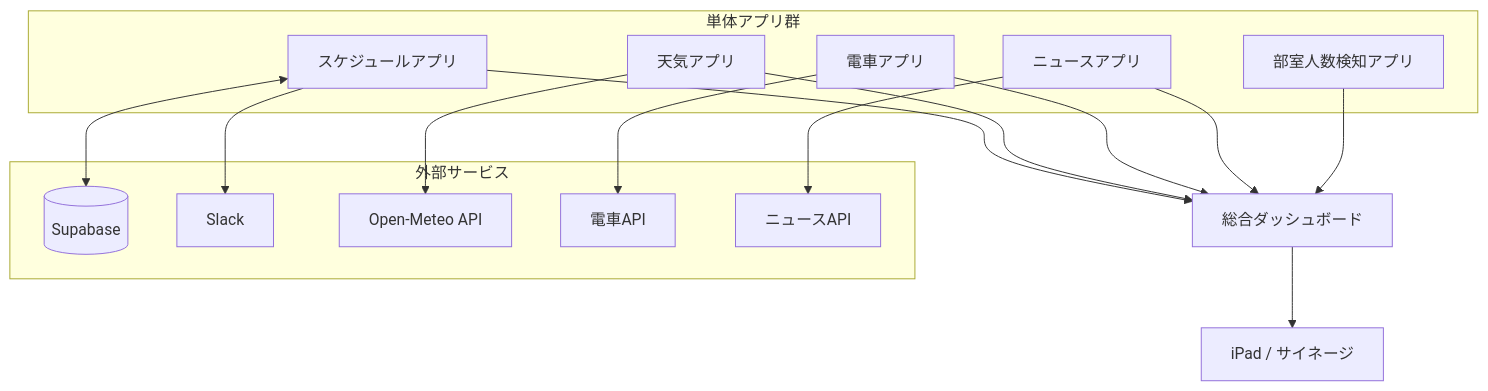
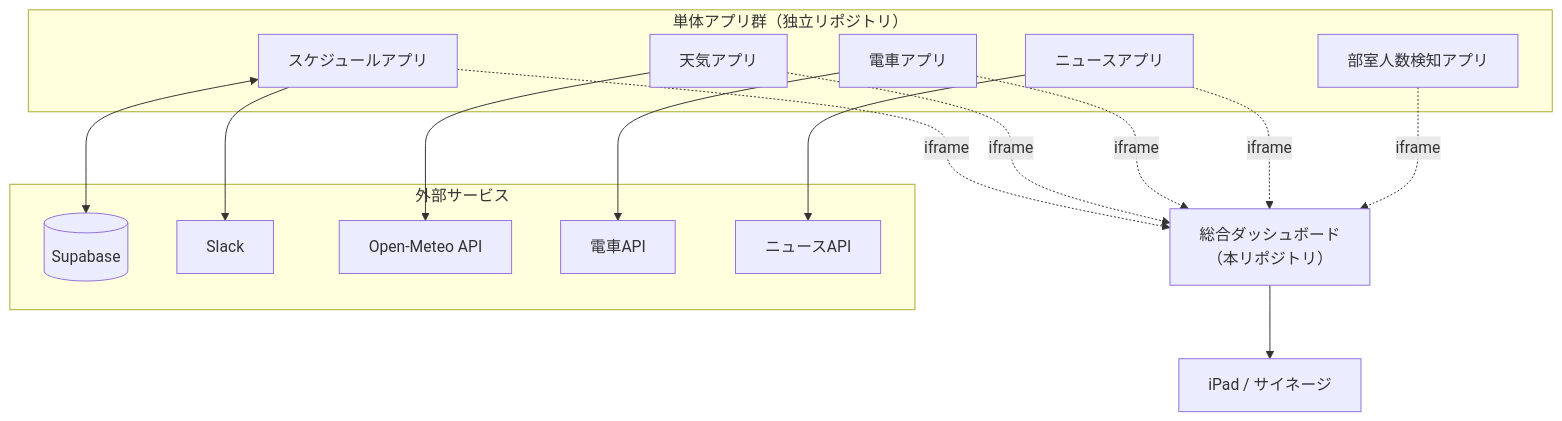
The diagram in README.md (Shun523/dsc_dashboard), drawn with Mermaid before and after one commit. The commit also changed other lines of this file, not shown here.

````diff
--- a/README.md
+++ b/README.md
@@ -7,35 +13,35 @@
 ```mermaid
 graph TD
-  subgraph apps[単体アプリ群]
+  subgraph apps[単体アプリ群（独立リポジトリ）]
     schedule[スケジュールアプリ]
     weather[天気アプリ]
     transit[電車アプリ]
     news[ニュースアプリ]
     occupancy[部室人数検知アプリ]
   end
 
   subgraph external[外部サービス]
     supabase[(Supabase)]
     slack[Slack]
     weather_api[Open-Meteo API]
     transit_api[電車API]
     news_api[ニュースAPI]
   end
 
-  dashboard[総合ダッシュボード]
+  dashboard[総合ダッシュボード<br/>（本リポジトリ）]
   display[iPad / サイネージ]
 
   schedule <--> supabase
   schedule --> slack
   weather --> weather_api
   transit --> transit_api
   news --> news_api
 
-  schedule --> dashboard
-  weather --> dashboard
-  transit --> dashboard
-  news --> dashboard
-  occupancy --> dashboard
+  schedule -. iframe .-> dashboard
+  weather -. iframe .-> dashboard
+  transit -. iframe .-> dashboard
+  news -. iframe .-> dashboard
+  occupancy -. iframe .-> dashboard
 
   dashboard --> display
 ```
````
